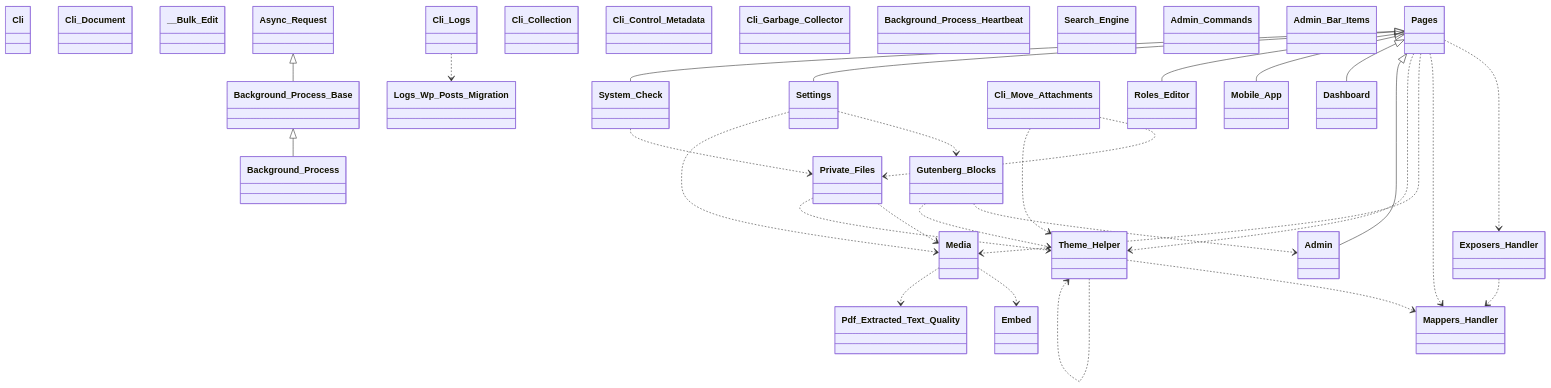
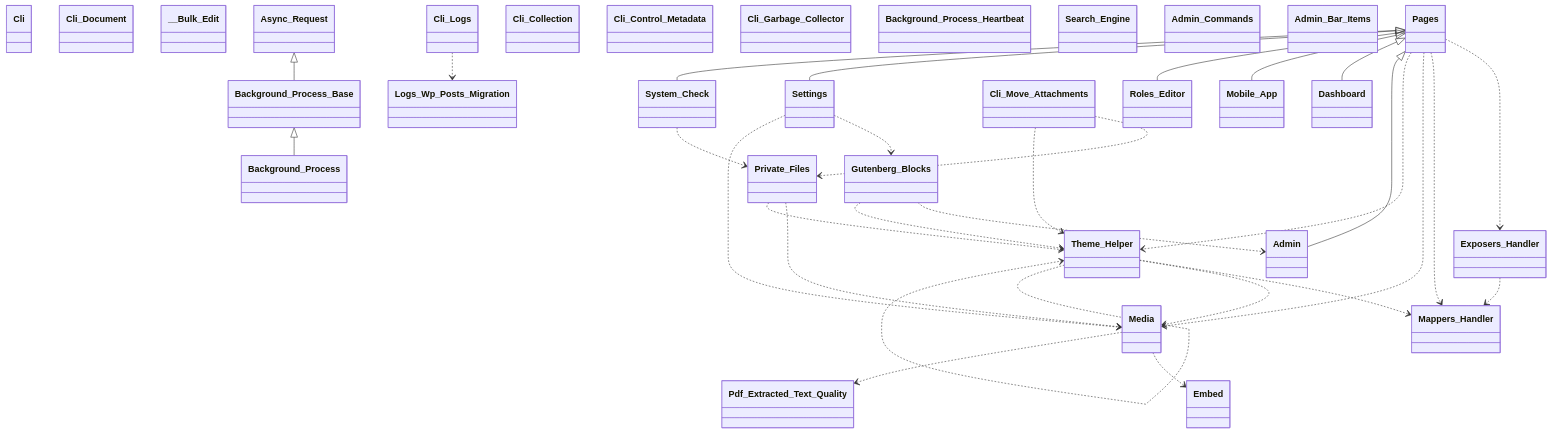
The diagram in docs/diagrams/tainacan-namespace-Tainacan.mmd (tainacan/tainacan), drawn with Mermaid before and after one commit. The commit also changed 9 other files, not shown here.

```diff
--- a/docs/diagrams/tainacan-namespace-Tainacan.mmd
+++ b/docs/diagrams/tainacan-namespace-Tainacan.mmd
@@ -1,60 +1,61 @@
 classDiagram
     direction TB
     class Cli { }
     class Theme_Helper { }
     class Gutenberg_Blocks { }
     class Exposers_Handler { }
     class Cli_Document { }
     class Media { }
     class __Bulk_Edit { }
     class Pdf_Extracted_Text_Quality { }
     class Roles_Editor { }
     class Settings { }
     class Dashboard { }
     class Background_Process_Base { }
     class Async_Request { }
     class Pages { }
     class Cli_Collection { }
     class Cli_Control_Metadata { }
     class Admin { }
     class Private_Files { }
     class Background_Process { }
     class Cli_Move_Attachments { }
     class Cli_Garbage_Collector { }
     class Background_Process_Heartbeat { }
     class Search_Engine { }
     class Admin_Commands { }
     class Admin_Bar_Items { }
     class Logs_Wp_Posts_Migration { }
     class Cli_Logs { }
     class Mappers_Handler { }
     class Embed { }
     class System_Check { }
     class Mobile_App { }
     Async_Request <|-- Background_Process_Base
     Background_Process_Base <|-- Background_Process
     Cli_Logs ..> Logs_Wp_Posts_Migration
     Cli_Move_Attachments ..> Private_Files
     Cli_Move_Attachments ..> Theme_Helper
     Exposers_Handler ..> Mappers_Handler
     Gutenberg_Blocks ..> Admin
     Gutenberg_Blocks ..> Theme_Helper
     Media ..> Embed
     Media ..> Pdf_Extracted_Text_Quality
     Pages ..> Exposers_Handler
     Pages ..> Mappers_Handler
     Pages ..> Media
     Pages ..> Theme_Helper
     Pages <|-- Admin
     Pages <|-- Dashboard
     Pages <|-- Mobile_App
     Pages <|-- Roles_Editor
     Pages <|-- Settings
     Pages <|-- System_Check
     Private_Files ..> Media
     Private_Files ..> Theme_Helper
     Settings ..> Gutenberg_Blocks
     Settings ..> Media
     System_Check ..> Private_Files
     Theme_Helper ..> Mappers_Handler
+    Theme_Helper ..> Media
     Theme_Helper ..> Theme_Helper
```
